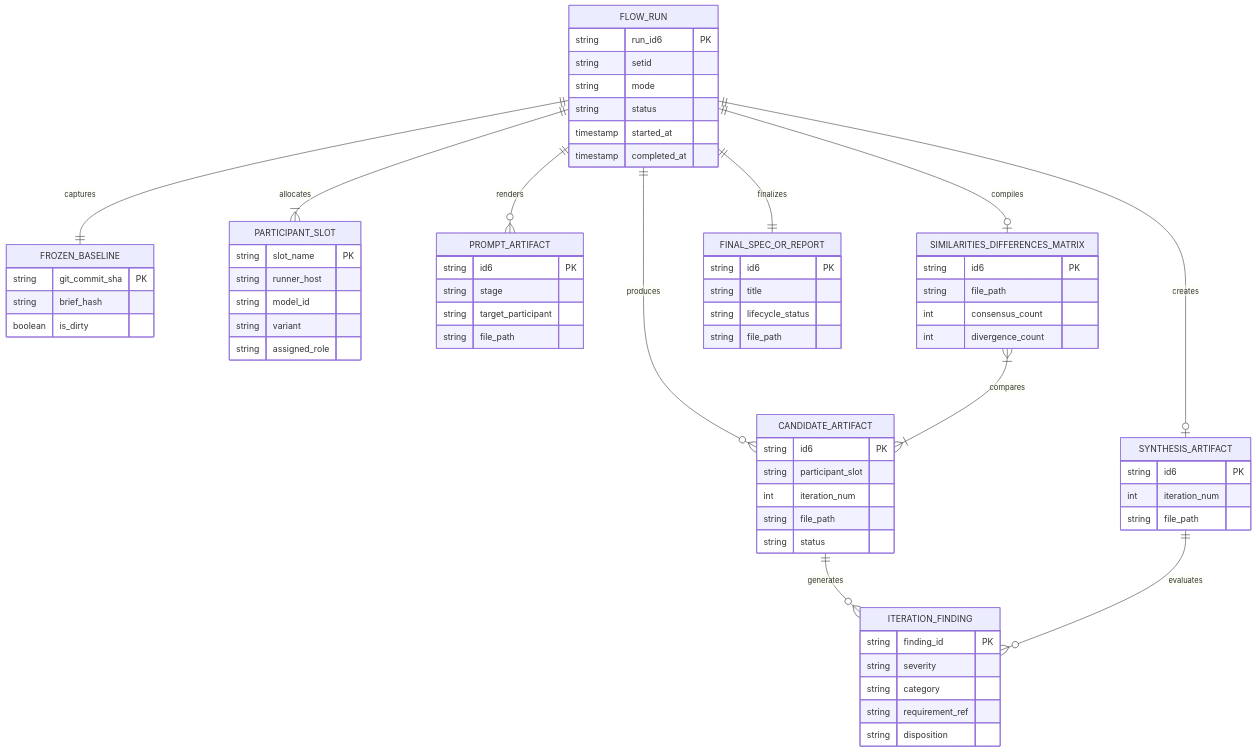
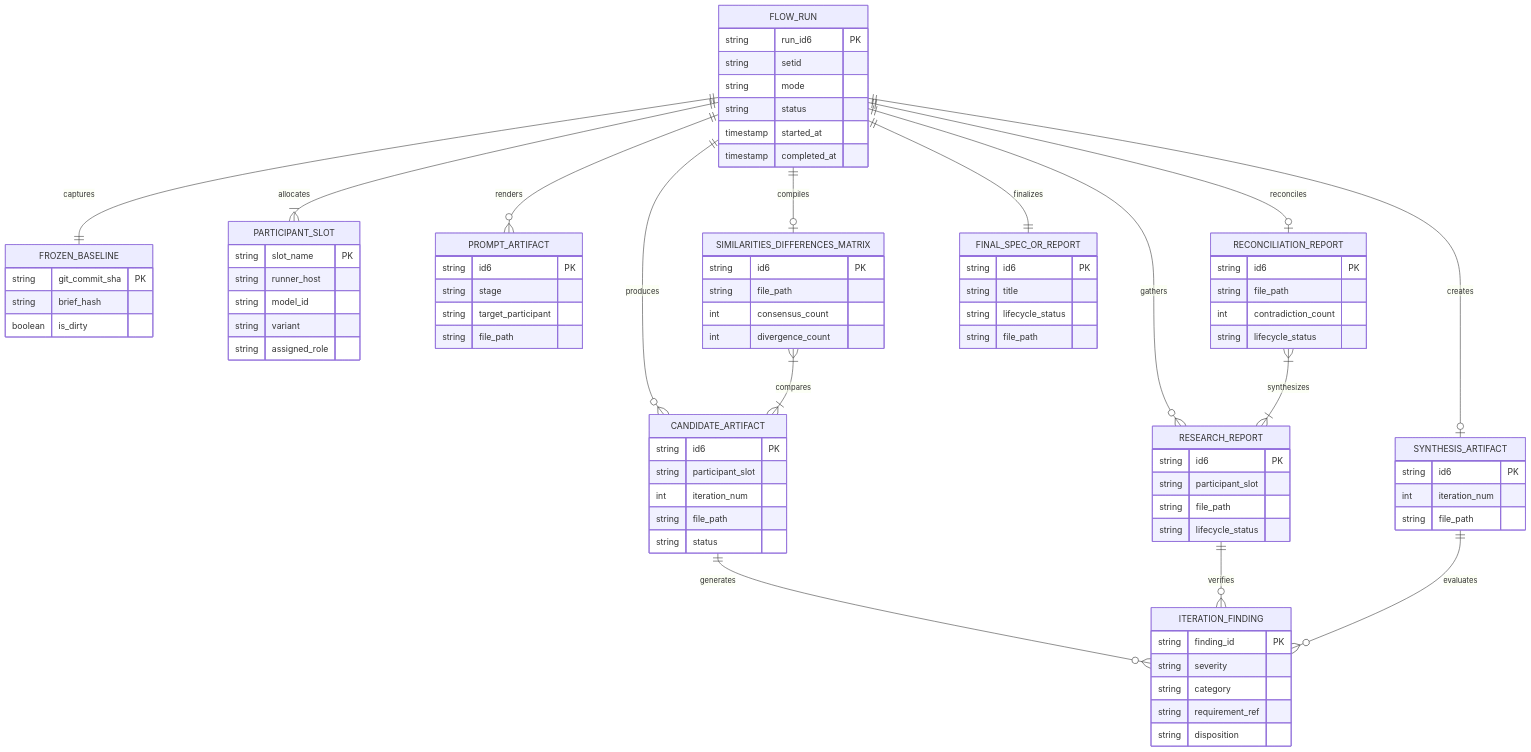
One commit to fariello/agent-workflows changed the first of 4 diagrams in .aw/records/specs/draft/20261024-specflow-01-18hh1u-spec-research-synthesis.spec.md. Above: the diagram before and after it, drawn with Mermaid. The commit also changed other lines of this file and 1 other file, not shown here.

```diff
--- a/.aw/records/specs/draft/20261024-specflow-01-18hh1u-spec-research-synthesis.spec.md
+++ b/.aw/records/specs/draft/20261024-specflow-01-18hh1u-spec-research-synthesis.spec.md
@@ -428,10 +430,14 @@
     FLOW_RUN ||--|{ PARTICIPANT_SLOT : allocates
     FLOW_RUN ||--o{ PROMPT_ARTIFACT : renders
     FLOW_RUN ||--o{ CANDIDATE_ARTIFACT : produces
+    FLOW_RUN ||--o{ RESEARCH_REPORT : gathers
     CANDIDATE_ARTIFACT ||--o{ ITERATION_FINDING : generates
+    RESEARCH_REPORT ||--o{ ITERATION_FINDING : verifies
     FLOW_RUN ||--o| SIMILARITIES_DIFFERENCES_MATRIX : compiles
     SIMILARITIES_DIFFERENCES_MATRIX }|--|{ CANDIDATE_ARTIFACT : compares
     FLOW_RUN ||--o| SYNTHESIS_ARTIFACT : creates
+    FLOW_RUN ||--o| RECONCILIATION_REPORT : reconciles
+    RECONCILIATION_REPORT }|--|{ RESEARCH_REPORT : synthesizes
     SYNTHESIS_ARTIFACT ||--o{ ITERATION_FINDING : evaluates
     FLOW_RUN ||--|| FINAL_SPEC_OR_REPORT : finalizes
 
@@ -473,6 +479,20 @@
         string status
     }
 
+    RESEARCH_REPORT {
+        string id6 PK
+        string participant_slot
+        string file_path
+        string lifecycle_status
+    }
+
+    RECONCILIATION_REPORT {
+        string id6 PK
+        string file_path
+        int contradiction_count
+        string lifecycle_status
+    }
+
     ITERATION_FINDING {
         string finding_id PK
         string severity
```
